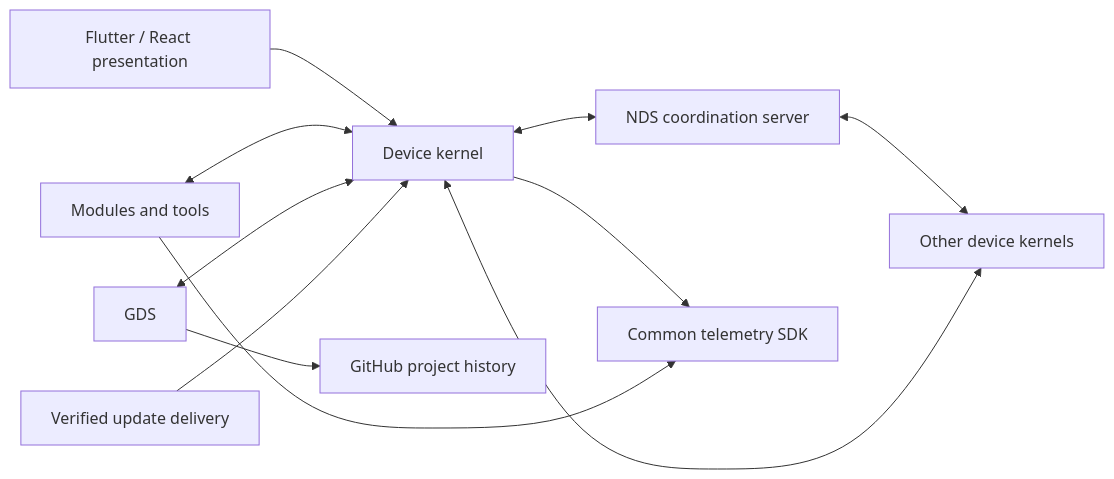
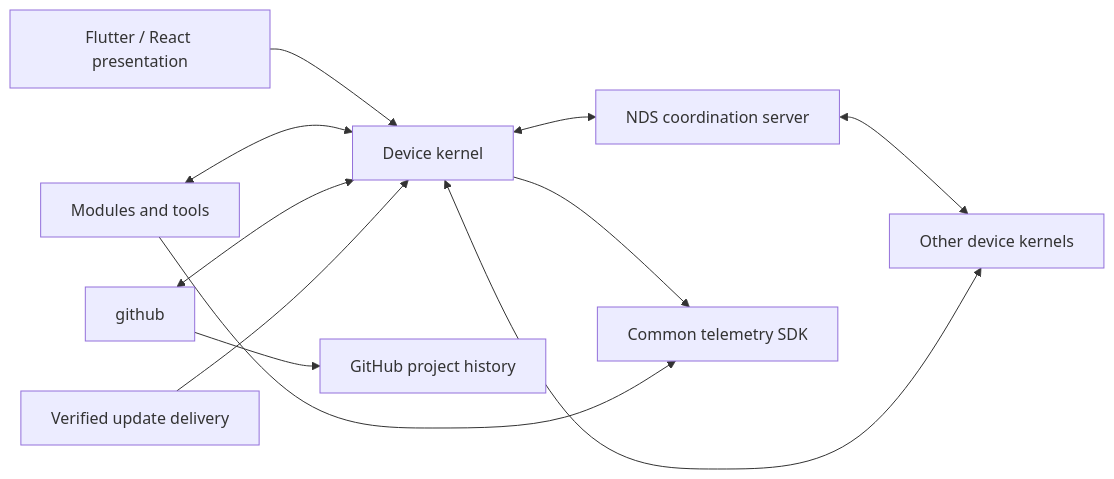
The diagram in standarts/02-architecture.md (NDDev-Technocracy-OpenNetwork-NDS/nddev-device-sync), drawn with Mermaid before and after one commit. The commit also changed other lines of this file and 17 other files, not shown here.

````diff
--- a/standarts/02-architecture.md
+++ b/standarts/02-architecture.md
@@ -11,13 +11,13 @@
 ```mermaid
 flowchart LR
     UI["Flutter / React presentation"] --> K["Device kernel"]
     M["Modules and tools"] <--> K
     K <--> S["NDS coordination server"]
     S <--> P["Other device kernels"]
     K <--> P
-    G["GDS"] --> GH["GitHub project history"]
+    G["github"] --> GH["GitHub project history"]
     G <--> K
     U["Verified update delivery"] --> K
     K --> O["Common telemetry SDK"]
     M --> O
 ```
````
